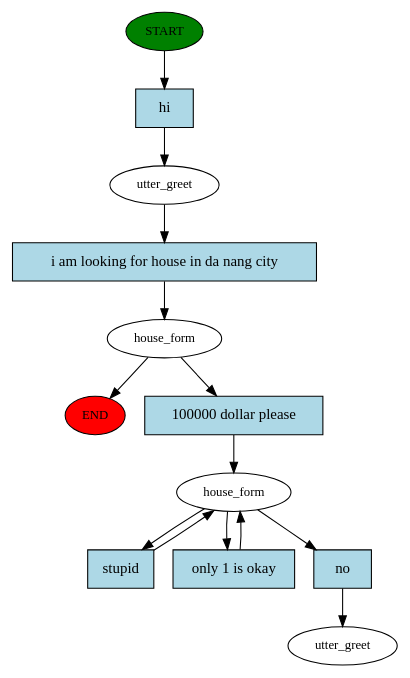
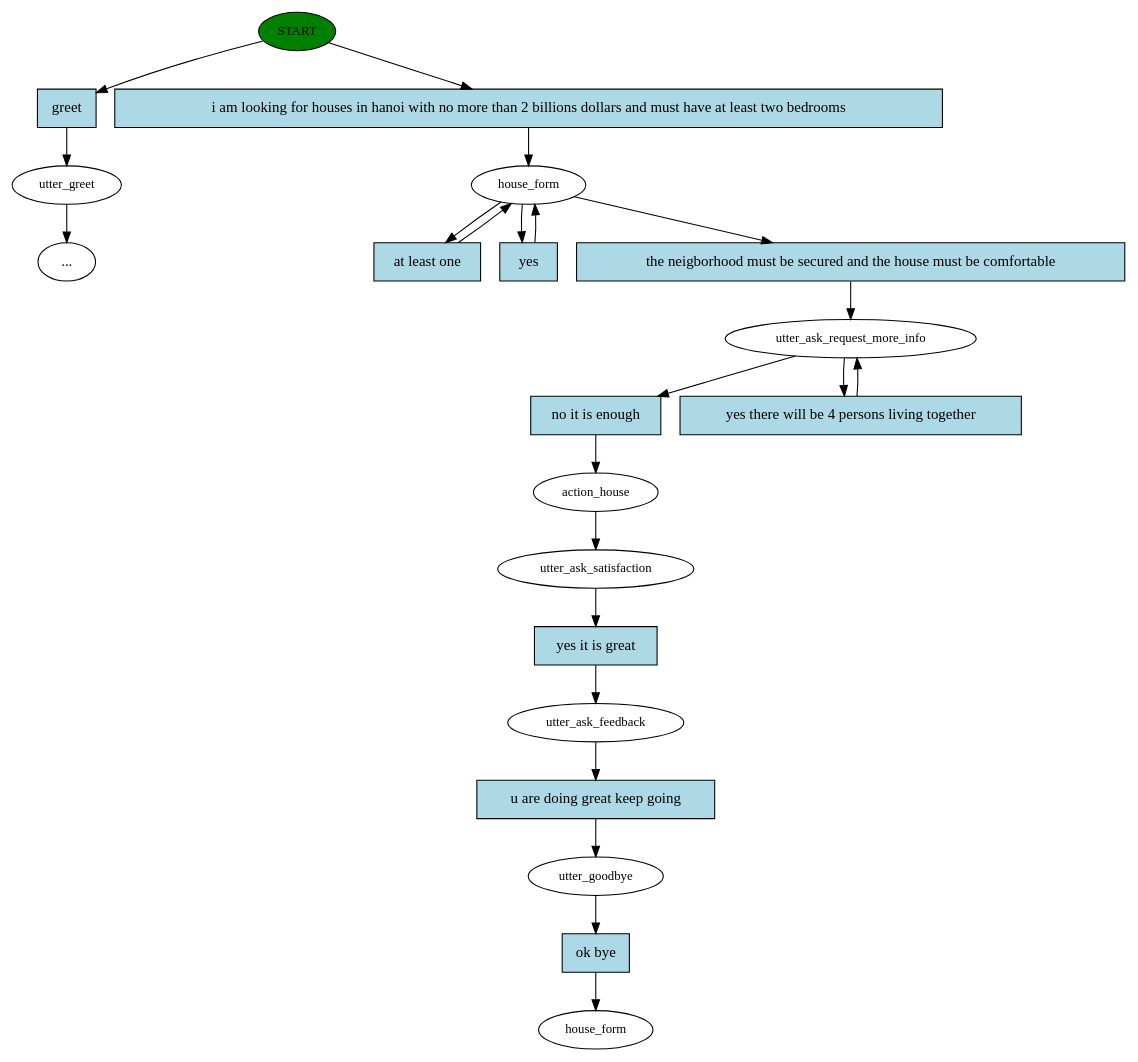
The diagram in story_graph.dot (trhgnhat/real_estate_rasa_chatbot), drawn with Graphviz before and after one commit. The commit also changed 61 other files, not shown here.

```diff
--- a/story_graph.dot
+++ b/story_graph.dot
@@ -1,27 +1,44 @@
 digraph  {
 0 [class="start active", fillcolor=green, fontsize=12, label=START, style=filled];
-"-1" [class=end, fillcolor=red, fontsize=12, label=END, style=filled];
-1 [class=active, fontsize=12, label=utter_greet];
-2 [class=active, fontsize=12, label=house_form];
-5 [class=active, fontsize=12, label=house_form];
-10 [class="dashed active", fontsize=12, label=utter_greet];
-11 [class="intent active", fillcolor=lightblue, label=hi, shape=rect, style=filled];
-12 [class="intent active", fillcolor=lightblue, label="i am looking for house in da nang city", shape=rect, style=filled];
-13 [class="intent active", fillcolor=lightblue, label="100000 dollar please", shape=rect, style=filled];
-14 [class="intent active", fillcolor=lightblue, label=stupid, shape=rect, style=filled];
-15 [class="intent active", fillcolor=lightblue, label="only 1 is okay", shape=rect, style=filled];
-16 [class="intent active", fillcolor=lightblue, label=no, shape=rect, style=filled];
-0 -> 11  [class=active, key=0];
-1 -> 12  [class=active, key=0];
-2 -> "-1"  [class="", key=NONE, label=""];
-2 -> 13  [class=active, key=0];
-5 -> 14  [class=active, key=0];
-5 -> 15  [class=active, key=0];
-5 -> 16  [class=active, key=0];
-11 -> 1  [class=active, key=0];
-12 -> 2  [class=active, key=0];
-13 -> 5  [class=active, key=0];
-14 -> 5  [class=active, key=0];
-15 -> 5  [class=active, key=0];
-16 -> 10  [class=active, key=0];
+1 [class="", fontsize=12, label=utter_greet];
+"-5" [class=ellipsis, label="..."];
+4 [class=active, fontsize=12, label=house_form];
+8 [class=active, fontsize=12, label=utter_ask_request_more_info];
+10 [class=active, fontsize=12, label=action_house];
+11 [class=active, fontsize=12, label=utter_ask_satisfaction];
+12 [class=active, fontsize=12, label=utter_ask_feedback];
+13 [class=active, fontsize=12, label=utter_goodbye];
+14 [class="dashed active", fontsize=12, label=house_form];
+15 [class=intent, fillcolor=lightblue, label=greet, shape=rect, style=filled];
+16 [class="intent active", fillcolor=lightblue, label="i am looking for houses in hanoi with no more than 2 billions dollars and must have at least two bedrooms", shape=rect, style=filled];
+17 [class="intent active", fillcolor=lightblue, label="at least one", shape=rect, style=filled];
+18 [class="intent active", fillcolor=lightblue, label=yes, shape=rect, style=filled];
+19 [class="intent active", fillcolor=lightblue, label="the neigborhood must be secured and the house must be comfortable", shape=rect, style=filled];
+20 [class="intent active", fillcolor=lightblue, label="no it is enough", shape=rect, style=filled];
+21 [class="intent active", fillcolor=lightblue, label="yes there will be 4 persons living together", shape=rect, style=filled];
+22 [class="intent active", fillcolor=lightblue, label="yes it is great", shape=rect, style=filled];
+23 [class="intent active", fillcolor=lightblue, label="u are doing great keep going", shape=rect, style=filled];
+24 [class="intent active", fillcolor=lightblue, label="ok bye", shape=rect, style=filled];
+0 -> 15  [class="", key=0];
+0 -> 16  [class=active, key=0];
+1 -> "-5"  [class="", key=NONE, label=""];
+4 -> 17  [class=active, key=0];
+4 -> 18  [class=active, key=0];
+4 -> 19  [class=active, key=0];
+8 -> 20  [class=active, key=0];
+8 -> 21  [class=active, key=0];
+10 -> 11  [class=active, key=NONE, label=""];
+11 -> 22  [class=active, key=0];
+12 -> 23  [class=active, key=0];
+13 -> 24  [class=active, key=0];
+15 -> 1  [class="", key=0];
+16 -> 4  [class=active, key=0];
+17 -> 4  [class=active, key=0];
+18 -> 4  [class=active, key=0];
+19 -> 8  [class=active, key=0];
+20 -> 10  [class=active, key=0];
+21 -> 8  [class=active, key=0];
+22 -> 12  [class=active, key=0];
+23 -> 13  [class=active, key=0];
+24 -> 14  [class=active, key=0];
 }
```
